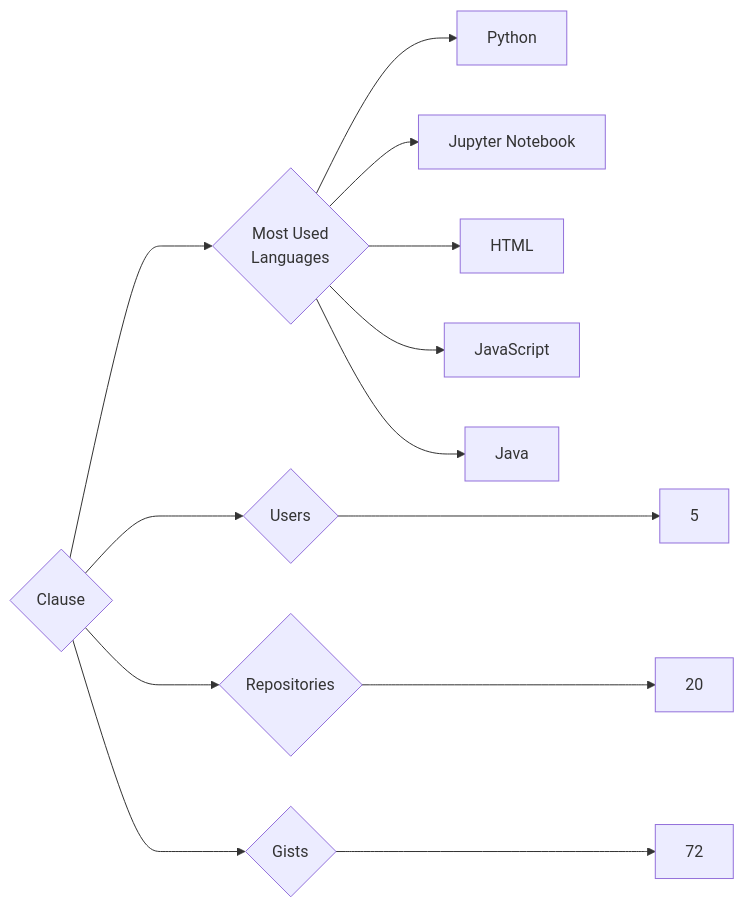
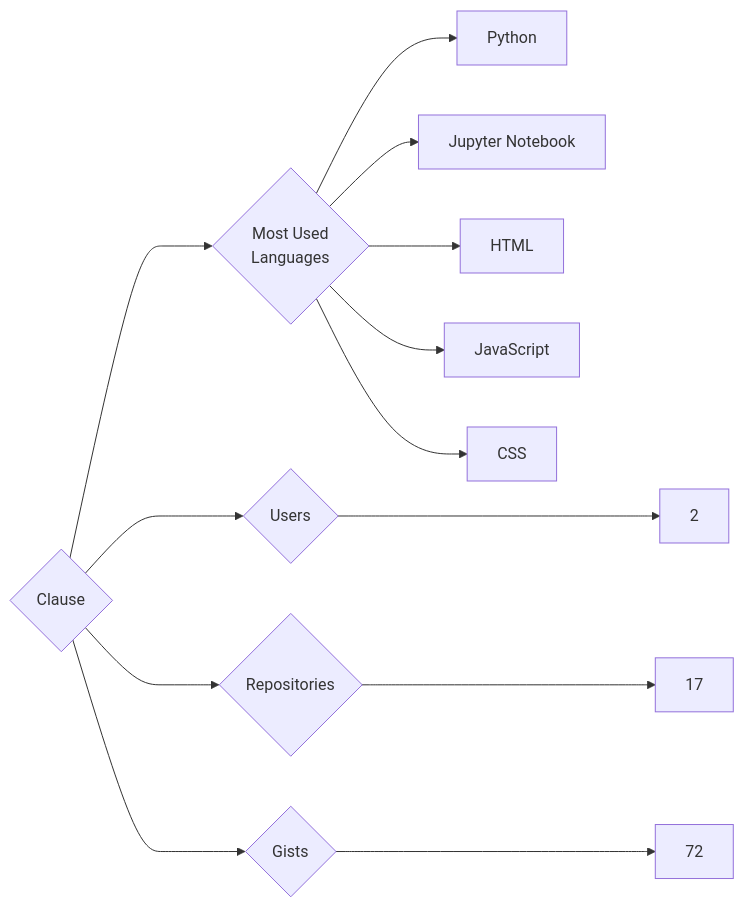
One commit to trickest/insiders changed the diagram in targets/Clause/README.md. Above: the diagram before and after it, drawn with Mermaid. The commit also changed 951 other files, not shown here.

````diff
--- a/targets/Clause/README.md
+++ b/targets/Clause/README.md
@@ -3,13 +3,13 @@
 ```mermaid
 graph LR
 COMPANY_NAME{Clause}
-COMPANY_NAME ---> U{Users} ---> UN[5]
-COMPANY_NAME ---> R{Repositories} ---> RN[20]
+COMPANY_NAME ---> U{Users} ---> UN[2]
+COMPANY_NAME ---> R{Repositories} ---> RN[17]
 COMPANY_NAME ---> G{Gists} ---> GN[72]
 COMPANY_NAME ---> ML{Most Used<br>Languages}
 ML --> Python[Python]
 ML --> Jupyter_Notebook[Jupyter Notebook]
 ML --> HTML[HTML]
 ML --> JavaScript[JavaScript]
-ML --> Java[Java]
+ML --> CSS[CSS]
 ```
````
